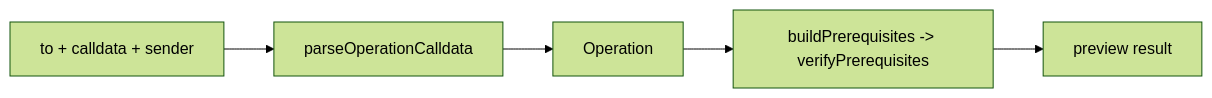
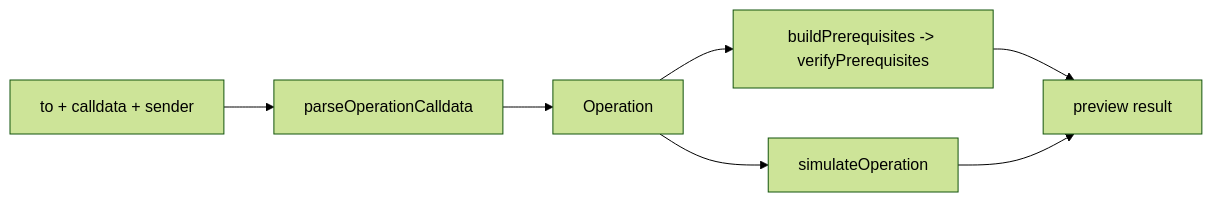
One commit to Gearbox-protocol/sdk changed the diagram in src/preview/README.md. Above: the diagram before and after it, drawn with Mermaid (forest theme). The commit also changed other lines of this file and 30 other files, not shown here.

````diff
--- a/src/preview/README.md
+++ b/src/preview/README.md
@@ -86,7 +93,9 @@
 ```mermaid
 flowchart LR
   calldata["to + calldata + sender"] --> parse["parseOperationCalldata"]
   parse --> operation["Operation"]
   operation --> prereq["buildPrerequisites -> verifyPrerequisites"]
+  operation --> sim["simulateOperation"]
   prereq --> result["preview result"]
+  sim --> result
 ```
````
